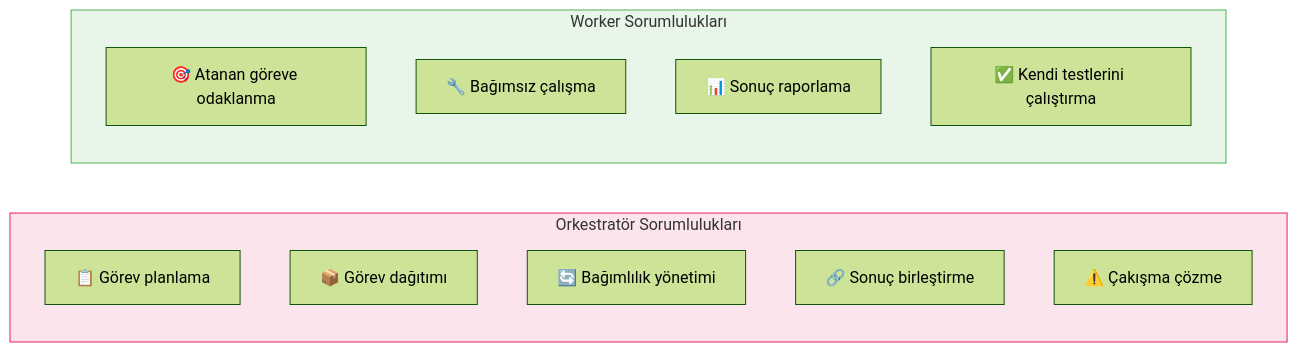
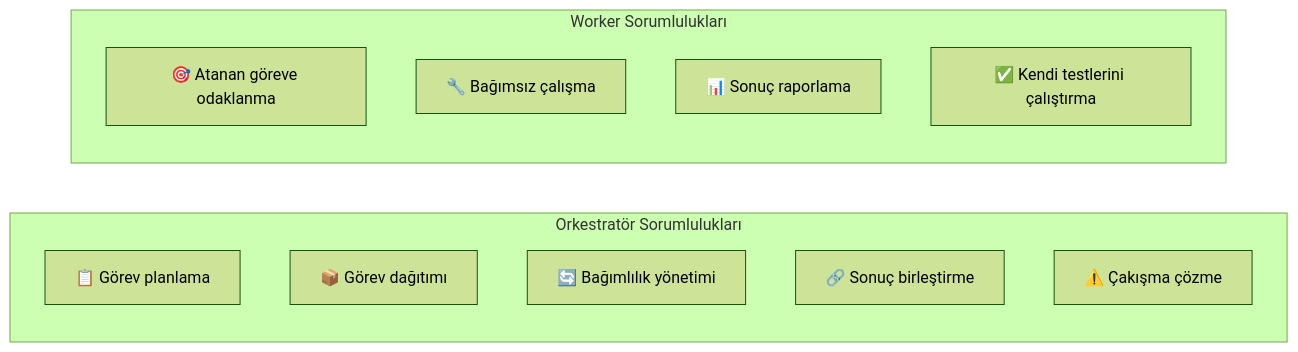
One commit to IzzetYasinAtes/ClaudeCodeHandbook changed the second of 12 diagrams in 13-subagentlar-ve-agent-takimlari/04-agent-takimlari.md. Above: the diagram before and after it, drawn with Mermaid (forest theme). The commit also changed other lines of this file and 97 other files, not shown here.

Commit message:
Remove all custom Mermaid style/fill colors from 98 markdown files for consistent dark theme rendering

````diff
--- a/13-subagentlar-ve-agent-takimlari/04-agent-takimlari.md
+++ b/13-subagentlar-ve-agent-takimlari/04-agent-takimlari.md
@@ -65,22 +60,20 @@
 ```mermaid
 flowchart LR
     subgraph orch_role ["Orkestratör Sorumlulukları"]
         direction TB
         O1["📋 Görev planlama"]
         O2["📦 Görev dağıtımı"]
         O3["🔄 Bağımlılık yönetimi"]
         O4["🔗 Sonuç birleştirme"]
         O5["⚠️ Çakışma çözme"]
     end
 
     subgraph worker_role ["Worker Sorumlulukları"]
         direction TB
         W1["🎯 Atanan göreve odaklanma"]
         W2["🔧 Bağımsız çalışma"]
         W3["📊 Sonuç raporlama"]
         W4["✅ Kendi testlerini çalıştırma"]
     end
 
-    style orch_role fill:#fce4ec,stroke:#e91e63
-    style worker_role fill:#e8f5e9,stroke:#4caf50
 ```
````
